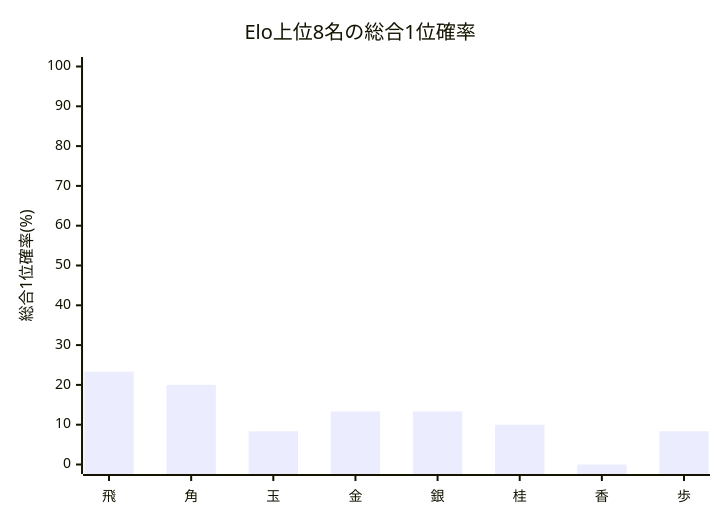
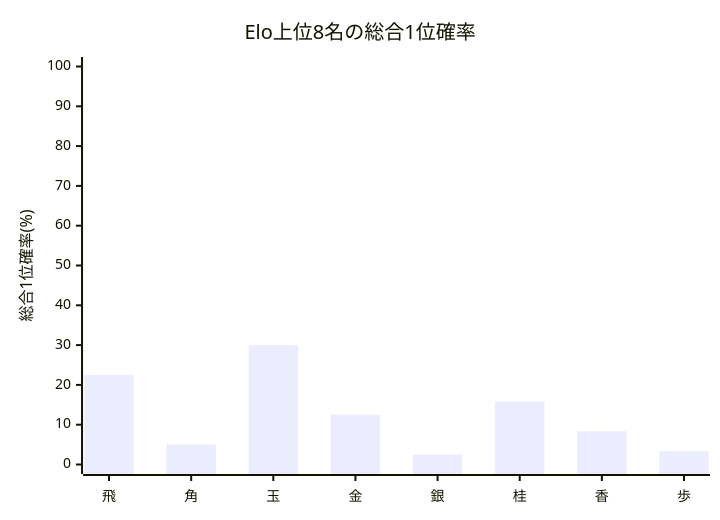
Before and after one commit to muzudho/ShogiTournamentSystemAnalyzer: the second of 2 diagrams in docs/Reports/quality_summary_[先手8x後手8]_[Neutral_Single10_STSAInput2_draft].md, drawn with Mermaid. The commit also changed other lines of this file and 3 other files, not shown here.

````diff
--- a/docs/Reports/quality_summary_[先手8x後手8]_[Neutral_Single10_STSAInput2_draft].md
+++ b/docs/Reports/quality_summary_[先手8x後手8]_[Neutral_Single10_STSAInput2_draft].md
@@ -51,7 +51,7 @@
 ```mermaid
 xychart-beta
     title "Elo上位8名の総合1位確率"
     x-axis ["飛", "角", "玉", "金", "銀", "桂", "香", "歩"]
     y-axis "総合1位確率(%)" 0 --> 100
-    bar [23.33, 20.00, 8.33, 13.33, 13.33, 10.00, 0.00, 8.33]
+    bar [22.50, 5.00, 30.00, 12.50, 2.50, 15.83, 8.33, 3.33]
 ```
````
